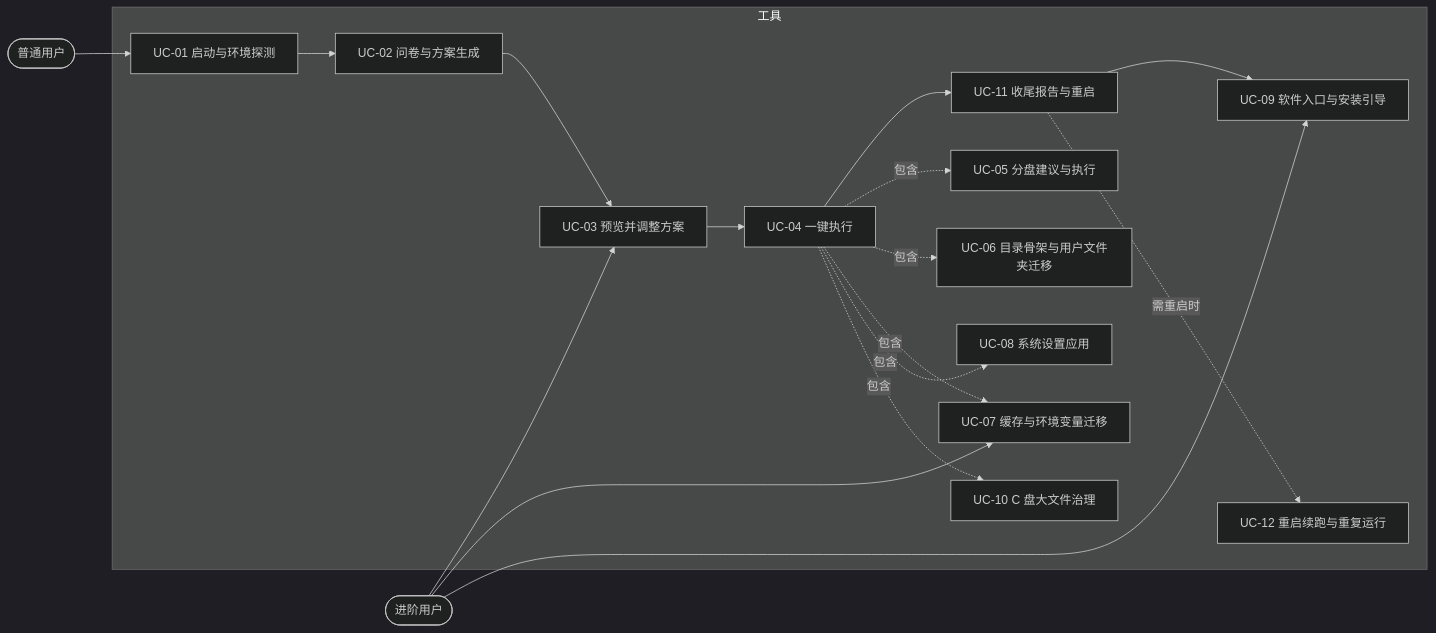
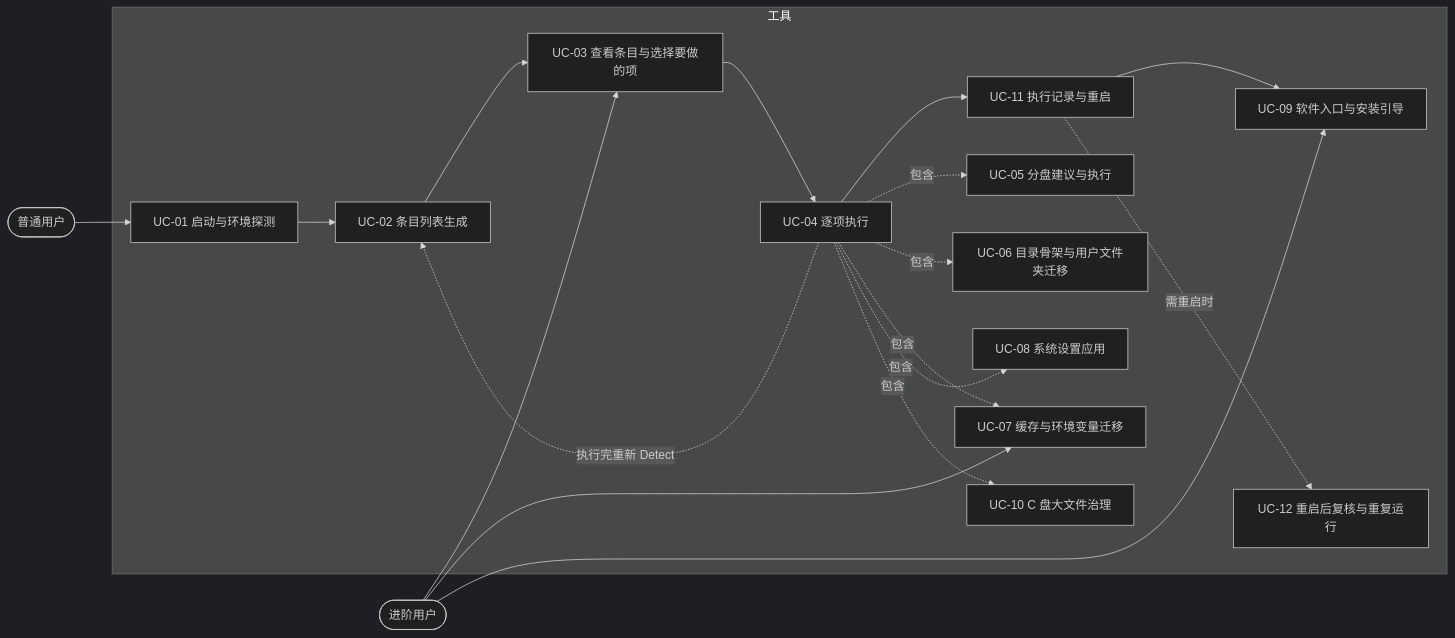
One commit to CookPiu/WinHomestead changed the first of 8 diagrams in docs/02-用例与用户流程.md. Above: the diagram before and after it, drawn with Mermaid (dark theme). The commit also changed other lines of this file and 2 other files, not shown here.

````diff
--- a/docs/02-用例与用户流程.md
+++ b/docs/02-用例与用户流程.md
@@ -23,30 +24,31 @@
 ```mermaid
 flowchart LR
   U([普通用户])
   P([进阶用户])
   subgraph 工具
     UC01[UC-01 启动与环境探测]
-    UC02[UC-02 问卷与方案生成]
-    UC03[UC-03 预览并调整方案]
-    UC04[UC-04 一键执行]
+    UC02[UC-02 条目列表生成]
+    UC03[UC-03 查看条目与选择要做的项]
+    UC04[UC-04 逐项执行]
     UC05[UC-05 分盘建议与执行]
     UC06[UC-06 目录骨架与用户文件夹迁移]
     UC07[UC-07 缓存与环境变量迁移]
     UC08[UC-08 系统设置应用]
     UC09[UC-09 软件入口与安装引导]
     UC10[UC-10 C 盘大文件治理]
-    UC11[UC-11 收尾报告与重启]
-    UC12[UC-12 重启续跑与重复运行]
+    UC11[UC-11 执行记录与重启]
+    UC12[UC-12 重启后复核与重复运行]
   end
   U --> UC01 --> UC02 --> UC03 --> UC04 --> UC11
+  UC04 -.执行完重新 Detect.-> UC02
   UC04 -.包含.-> UC05
   UC04 -.包含.-> UC06
   UC04 -.包含.-> UC07
   UC04 -.包含.-> UC08
   UC04 -.包含.-> UC10
   UC11 --> UC09
   UC11 -.需重启时.-> UC12
   P --> UC03
   P --> UC07
   P --> UC09
 ```
````
